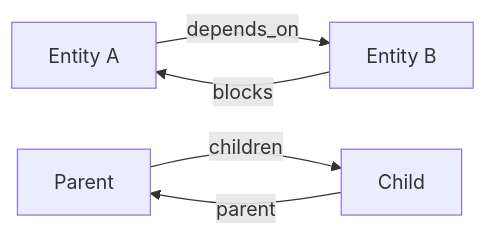
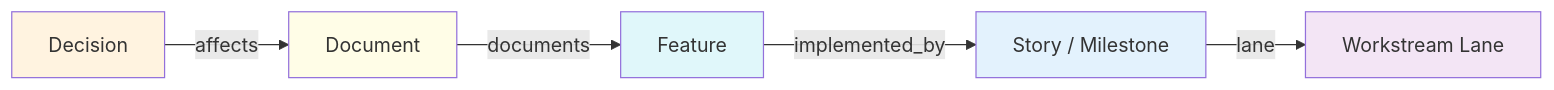
Before and after one commit to ostanlabs/obsidian_docs: the diagram in docs/user-guide/relationships.md, drawn with Mermaid. The commit also changed other lines of this file and 19 other files, not shown here.

````diff
--- a/docs/user-guide/relationships.md
+++ b/docs/user-guide/relationships.md
@@ -7,7 +39,13 @@
 ```mermaid
 graph LR
-    A[Entity A] -->|depends_on| B[Entity B]
-    B -->|blocks| A
-    C[Parent] -->|children| D[Child]
-    D -->|parent| C
+    DEC[Decision] -->|affects| DOC[Document]
+    DOC -->|documents| F[Feature]
+    F -->|implemented_by| S[Story / Milestone]
+    S -->|lane| WS[Workstream Lane]
+
+    style DEC fill:#fff3e0
+    style DOC fill:#fffde7
+    style F fill:#e0f7fa
+    style S fill:#e3f2fd
+    style WS fill:#f3e5f5
 ```
````
